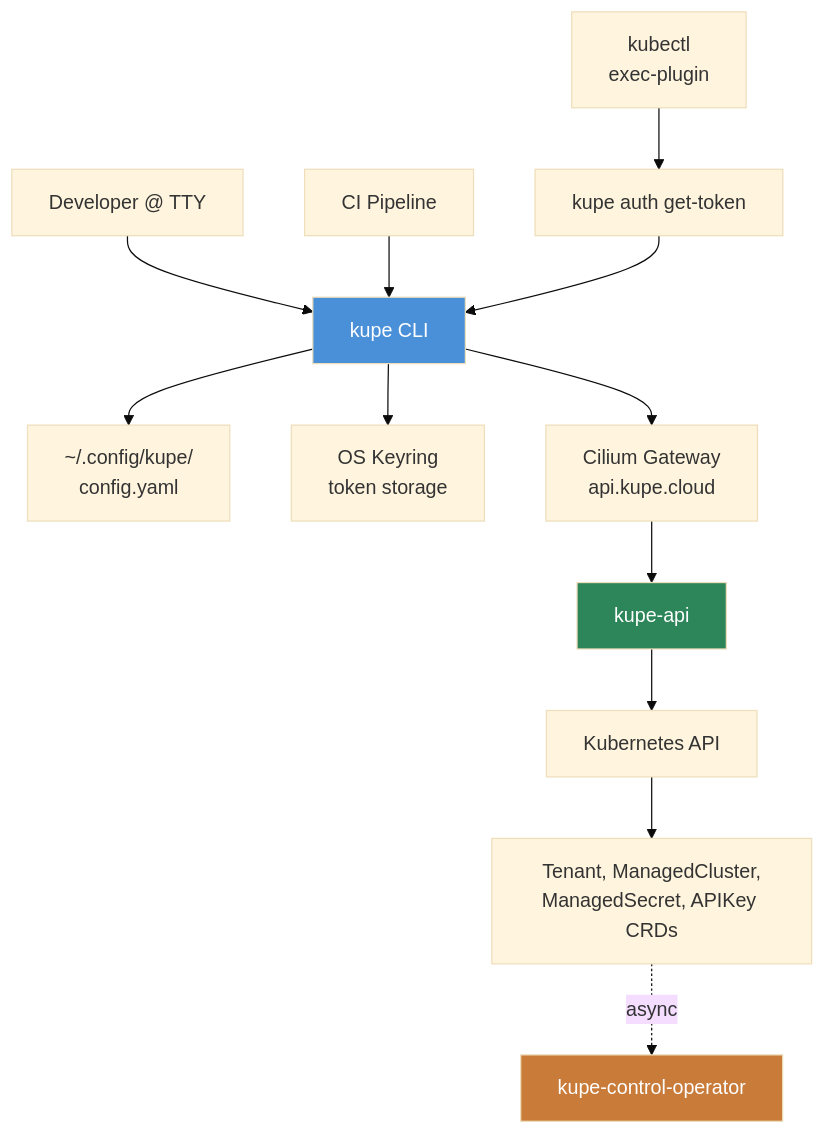
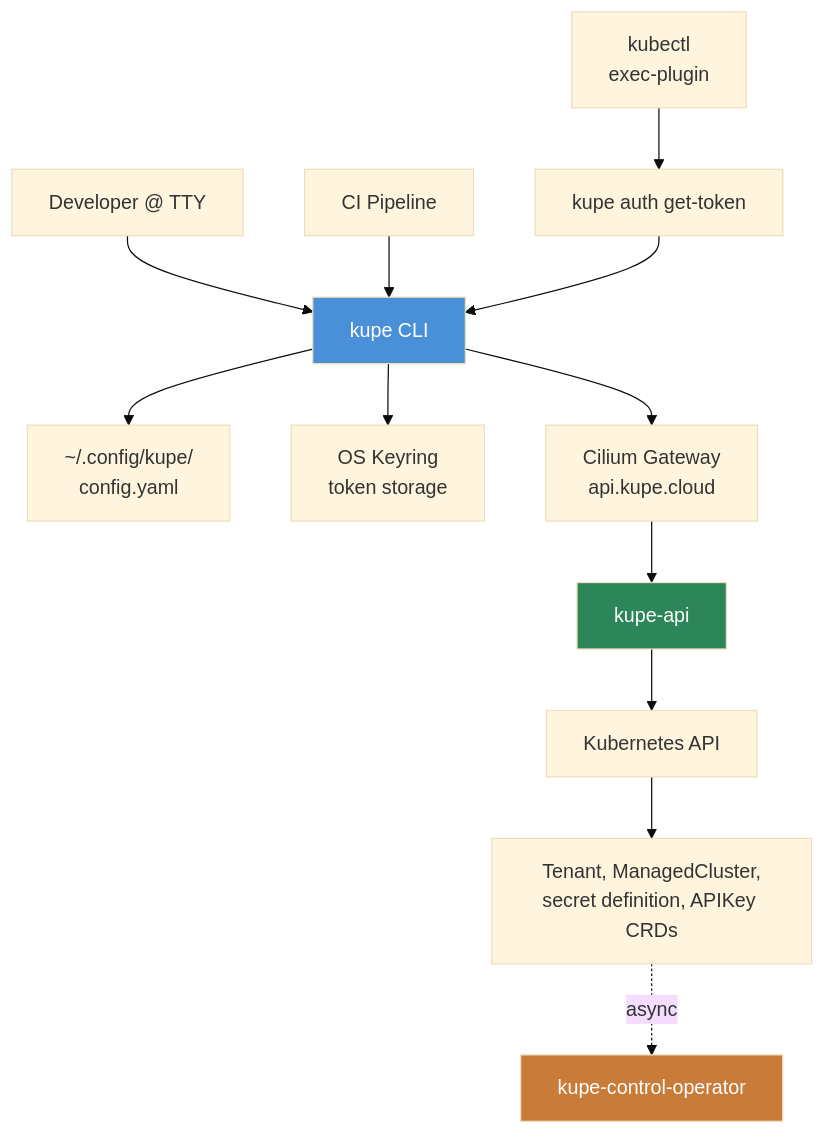
One commit to kupecloud/kupe-cli changed the diagram in docs/architecture.md. Above: the diagram before and after it, drawn with Mermaid (base theme). The commit also changed 12 other files, not shown here.

````diff
--- a/docs/architecture.md
+++ b/docs/architecture.md
@@ -16,19 +16,19 @@
 ```mermaid
 graph TD
     User[Developer @ TTY] --> CLI[kupe CLI]
     CI[CI Pipeline] --> CLI
     Kubectl[kubectl<br/>exec-plugin] --> GetToken[kupe auth get-token]
     GetToken --> CLI
 
     CLI --> Config[~/.config/kupe/<br/>config.yaml]
     CLI --> Keyring[OS Keyring<br/>token storage]
     CLI --> GW[Cilium Gateway<br/>api.kupe.cloud]
     GW --> API[kupe-api]
     API --> K8s[Kubernetes API]
-    K8s --> CRDs[Tenant, ManagedCluster,<br/>ManagedSecret, APIKey CRDs]
+    K8s --> CRDs[Tenant, ManagedCluster,<br/>secret definition, APIKey CRDs]
     CRDs -. "async" .-> Operator[kupe-control-operator]
 
     style CLI fill:#4a90d9,color:#fff
     style API fill:#2d8659,color:#fff
     style Operator fill:#c97b3a,color:#fff
 ```
````
